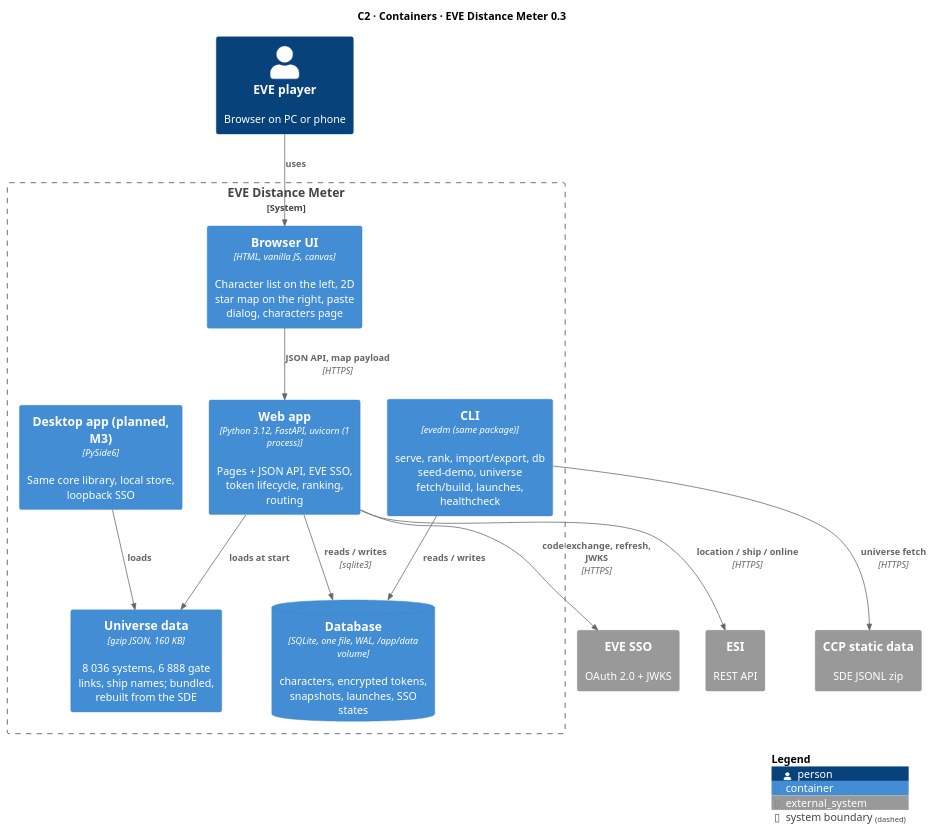
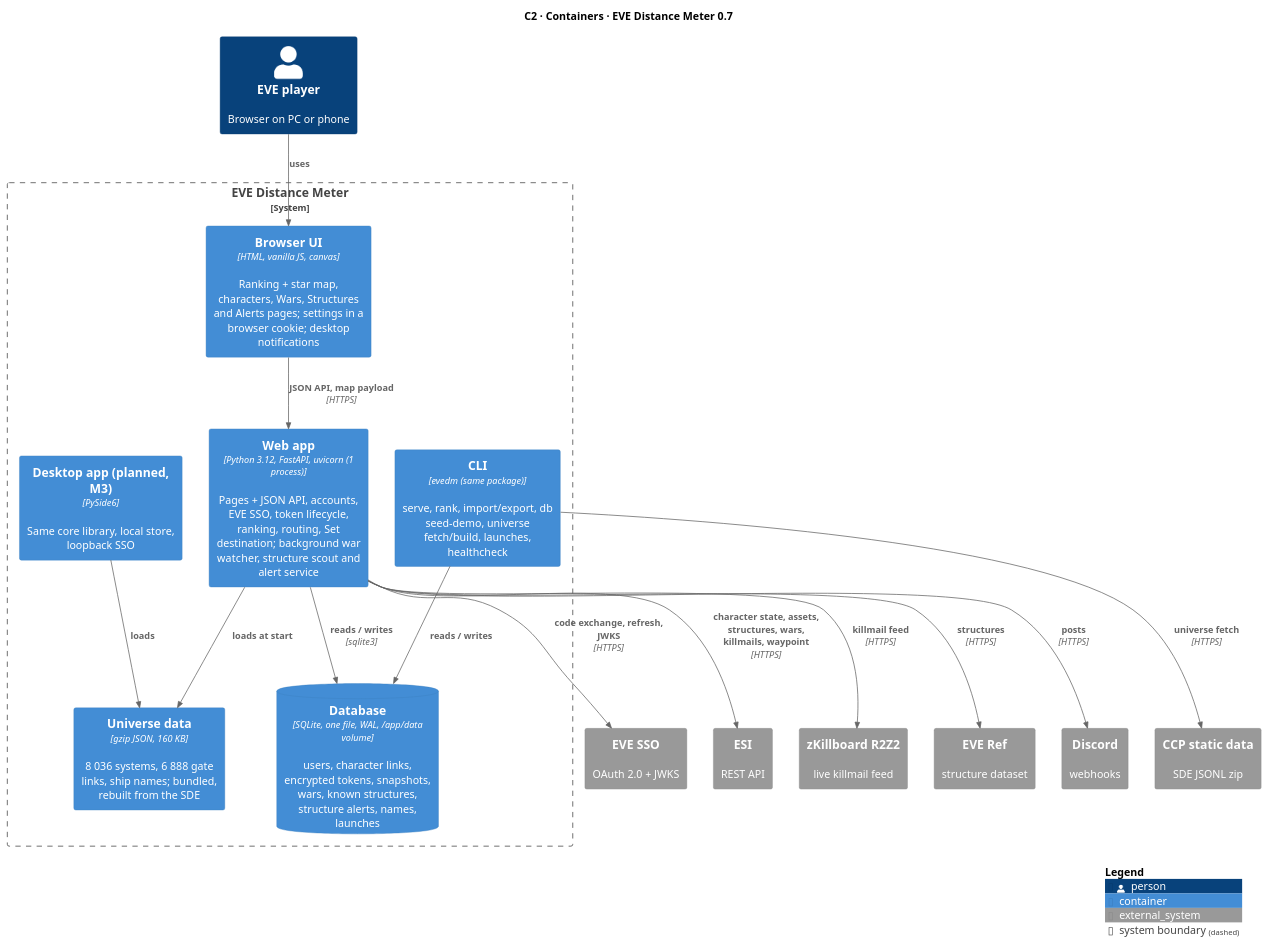
The diagram in docs/c4/02-c2-containers.puml (Headruner/war-bot-2), drawn with PlantUML before and after one commit. The commit also changed 20 other files, not shown here.

First line of the commit message:
docs: document structure alerts

```diff
--- a/docs/c4/02-c2-containers.puml
+++ b/docs/c4/02-c2-containers.puml
@@ -1,30 +1,36 @@
 @startuml c2-containers
 !include <C4/C4_Container>
-title C2 · Containers · EVE Distance Meter 0.3
+title C2 · Containers · EVE Distance Meter 0.7
 LAYOUT_TOP_DOWN()
 
 Person(user, "EVE player", "Browser on PC or phone")
 System_Ext(sso, "EVE SSO", "OAuth 2.0 + JWKS")
 System_Ext(esi, "ESI", "REST API")
 System_Ext(sde, "CCP static data", "SDE JSONL zip")
+System_Ext(zkb, "zKillboard R2Z2", "live killmail feed")
+System_Ext(everef, "EVE Ref", "structure dataset")
+System_Ext(discord, "Discord", "webhooks")
 
 System_Boundary(evedm, "EVE Distance Meter") {
-  Container(spa, "Browser UI", "HTML, vanilla JS, canvas", "Character list on the left, 2D star map on the right, paste dialog, characters page")
-  Container(web, "Web app", "Python 3.12, FastAPI, uvicorn (1 process)", "Pages + JSON API, EVE SSO, token lifecycle, ranking, routing")
-  ContainerDb(db, "Database", "SQLite, one file, WAL, /app/data volume", "characters, encrypted tokens, snapshots, launches, SSO states")
+  Container(spa, "Browser UI", "HTML, vanilla JS, canvas", "Ranking + star map, characters, Wars, Structures and Alerts pages; settings in a browser cookie; desktop notifications")
+  Container(web, "Web app", "Python 3.12, FastAPI, uvicorn (1 process)", "Pages + JSON API, accounts, EVE SSO, token lifecycle, ranking, routing, Set destination; background war watcher, structure scout and alert service")
+  ContainerDb(db, "Database", "SQLite, one file, WAL, /app/data volume", "users, character links, encrypted tokens, snapshots, wars, known structures, structure alerts, names, launches")
   Container(universe, "Universe data", "gzip JSON, 160 KB", "8 036 systems, 6 888 gate links, ship names; bundled, rebuilt from the SDE")
   Container(cli, "CLI", "evedm (same package)", "serve, rank, import/export, db seed-demo, universe fetch/build, launches, healthcheck")
   Container(desktop, "Desktop app (planned, M3)", "PySide6", "Same core library, local store, loopback SSO")
 }
 
 Rel(user, spa, "uses")
 Rel(spa, web, "JSON API, map payload", "HTTPS")
 Rel(web, db, "reads / writes", "sqlite3")
 Rel(web, universe, "loads at start")
 Rel(cli, db, "reads / writes")
 Rel(cli, sde, "universe fetch", "HTTPS")
 Rel(web, sso, "code exchange, refresh, JWKS", "HTTPS")
-Rel(web, esi, "location / ship / online", "HTTPS")
+Rel(web, esi, "character state, assets, structures, wars, killmails, waypoint", "HTTPS")
+Rel(web, zkb, "killmail feed", "HTTPS")
+Rel(web, everef, "structures", "HTTPS")
+Rel(web, discord, "posts", "HTTPS")
 Rel(desktop, universe, "loads")
 SHOW_LEGEND()
 @enduml
```
